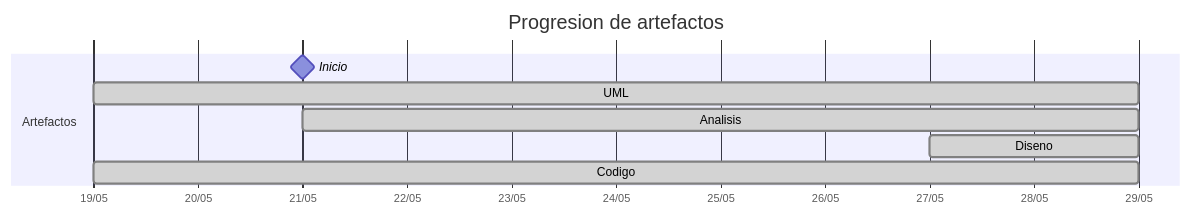
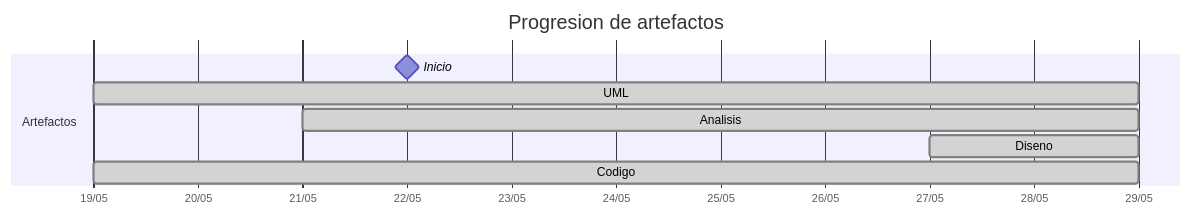
Before and after one commit to carlos-alvarado-25/25-26-idsw2-sdVC: the diagram in TIMELINES/martinlopez7.md, drawn with Mermaid. The commit also changed other lines of this file and 4 other files, not shown here.

````diff
--- a/TIMELINES/martinlopez7.md
+++ b/TIMELINES/martinlopez7.md
@@ -22,12 +22,12 @@
 ```mermaid
 gantt
     title Progresion de artefactos
     dateFormat YYYY-MM-DD
     axisFormat %d/%m
     section Artefactos
-        Inicio       :milestone, 2026-05-21, 0d
+        Inicio       :milestone, 2026-05-22, 0d
         UML          :done, 2026-05-19, 2026-05-29
         Analisis     :done, 2026-05-21, 2026-05-29
         Diseno       :done, 2026-05-27, 2026-05-29
         Codigo       :done, 2026-05-19, 2026-05-29
 ```
````
